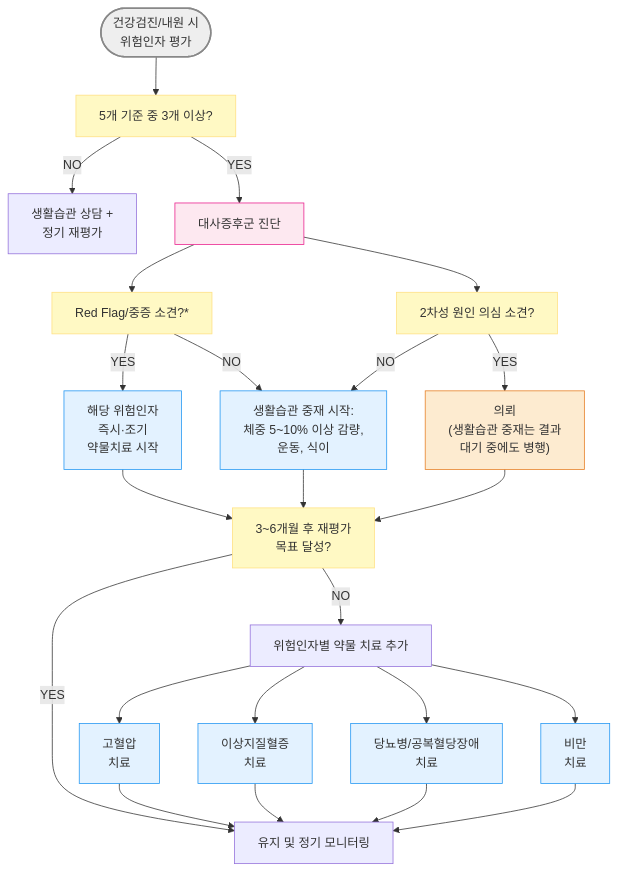
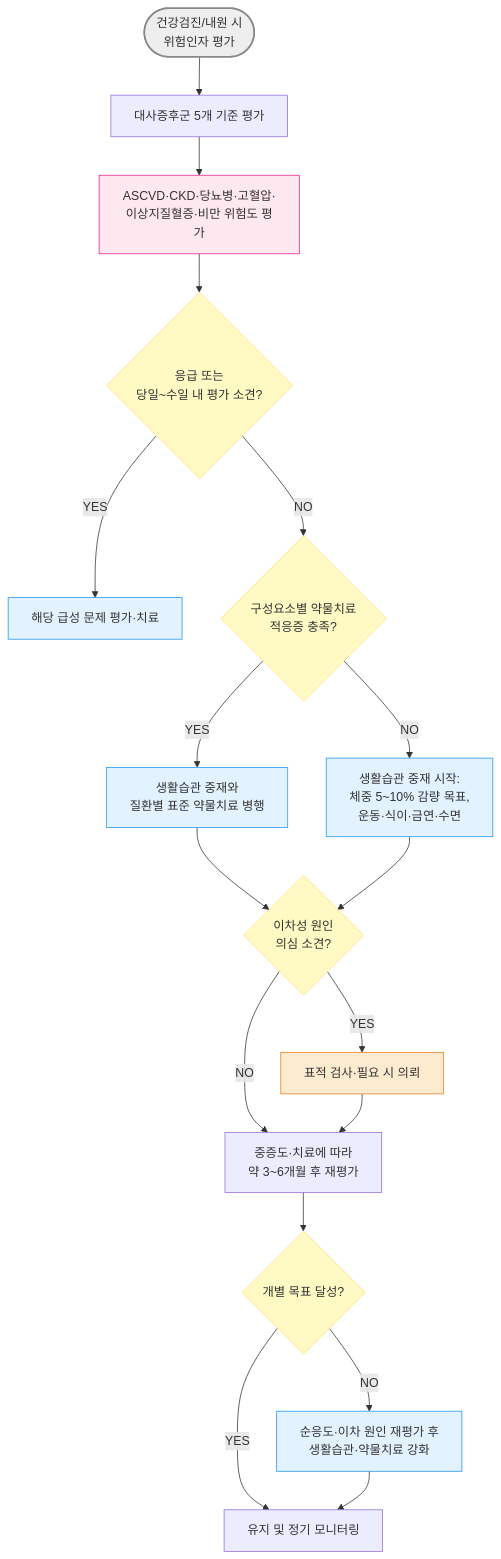
One commit to familyoh77/familyoh77 changed the diagram in 226_/104_-metabolic-syndrome.md. Above: the diagram before and after it, drawn with Mermaid. The commit also changed other lines of this file, not shown here.

````diff
--- a/226_/104_-metabolic-syndrome.md
+++ b/226_/104_-metabolic-syndrome.md
@@ -100,32 +110,26 @@
 ```mermaid
 graph TD
-    Start(["건강검진/내원 시 <br/>위험인자 평가"]) --> Criteria["5개 기준 중 3개 이상?"]
-    Criteria -- "NO" --> Monitor["생활습관 상담 + <br/>정기 재평가"]
-    Criteria -- "YES" --> Dx["대사증후군 진단"]
-    Dx --> Severity["Red Flag/중증 소견?*"]
-    Dx --> Secondary["2차성 원인 의심 소견?"]
-    Severity -- "YES" --> Urgent["해당 위험인자 <br/>즉시·조기 <br/>약물치료 시작"]
-    Severity -- "NO" --> Lifestyle["생활습관 중재 시작: <br/>체중 5~10% 이상 감량, <br/>운동, 식이"]
-    Secondary -- "YES" --> ReferEndo["의뢰<br/>(생활습관 중재는 결과 <br/>대기 중에도 병행)"]
-    Secondary -- "NO" --> Lifestyle
-    Urgent --> Reassess["3~6개월 후 재평가<br/>목표 달성?"]
-    Lifestyle --> Reassess
-    ReferEndo --> Reassess
-    Reassess -- "YES" --> Maintain["유지 및 정기 모니터링"]
-    Reassess -- "NO" --> Pharm["위험인자별 약물 치료 추가"]
-    Pharm --> HTNRx["고혈압 <br/>치료"]
-    Pharm --> LipidRx["이상지질혈증 <br/>치료"]
-    Pharm --> DMRx["당뇨병/공복혈당장애<br/> 치료"]
-    Pharm --> ObesityRx["비만 <br/>치료"]
-    HTNRx --> Maintain
-    LipidRx --> Maintain
-    DMRx --> Maintain
-    ObesityRx --> Maintain
+    Start(["건강검진/내원 시 <br/>위험인자 평가"]) --> Criteria["대사증후군 5개 기준 평가"]
+    Criteria --> Risk["ASCVD·CKD·당뇨병·고혈압·<br/>이상지질혈증·비만 위험도 평가"]
+    Risk --> Severity{"응급 또는 <br/>당일~수일 내 평가 소견?"}
+    Severity -- "YES" --> Urgent["해당 급성 문제 평가·치료"]
+    Severity -- "NO" --> Indication{"구성요소별 약물치료 <br/>적응증 충족?"}
+    Indication -- "YES" --> Combined["생활습관 중재와 <br/>질환별 표준 약물치료 병행"]
+    Indication -- "NO" --> Lifestyle["생활습관 중재 시작:<br/>체중 5~10% 감량 목표,<br/>운동·식이·금연·수면"]
+    Combined --> Secondary{"이차성 원인 <br/>의심 소견?"}
+    Lifestyle --> Secondary
+    Secondary -- "YES" --> Workup["표적 검사·필요 시 의뢰"]
+    Secondary -- "NO" --> Reassess["중증도·치료에 따라 <br/>약 3~6개월 후 재평가"]
+    Workup --> Reassess
+    Reassess --> Goal{"개별 목표 달성?"}
+    Goal -- "YES" --> Maintain["유지 및 정기 모니터링"]
+    Goal -- "NO" --> Intensify["순응도·이차 원인 재평가 후 <br/>생활습관·약물치료 강화"]
+    Intensify --> Maintain
 style Start fill:#eeeeee,stroke:#888888,stroke-width:2px
 classDef yellow fill:#fff9c4,stroke:#ffe082
-class Criteria,Severity,Secondary,Reassess yellow
+class Severity,Indication,Secondary,Goal yellow
 classDef sky fill:#e3f2ff,stroke:#2196f3
-class Urgent,Lifestyle,HTNRx,LipidRx,DMRx,ObesityRx sky
-style Dx fill:#fde8f0,stroke:#e91e8c
-style ReferEndo fill:#fdebd0,stroke:#e67e22
+class Urgent,Combined,Lifestyle,Intensify sky
+style Risk fill:#fde8f0,stroke:#e91e8c
+style Workup fill:#fdebd0,stroke:#e67e22
 ```
````
